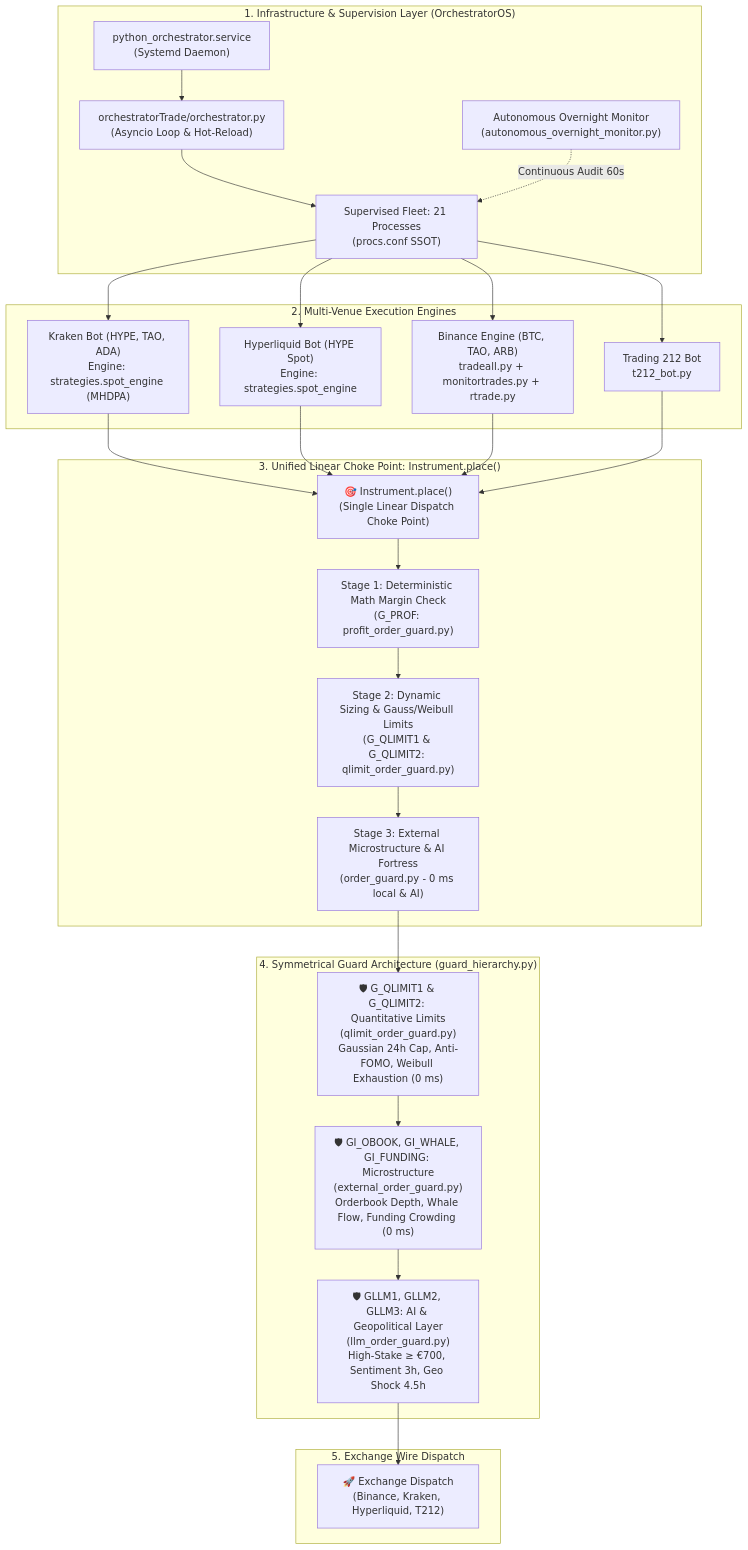
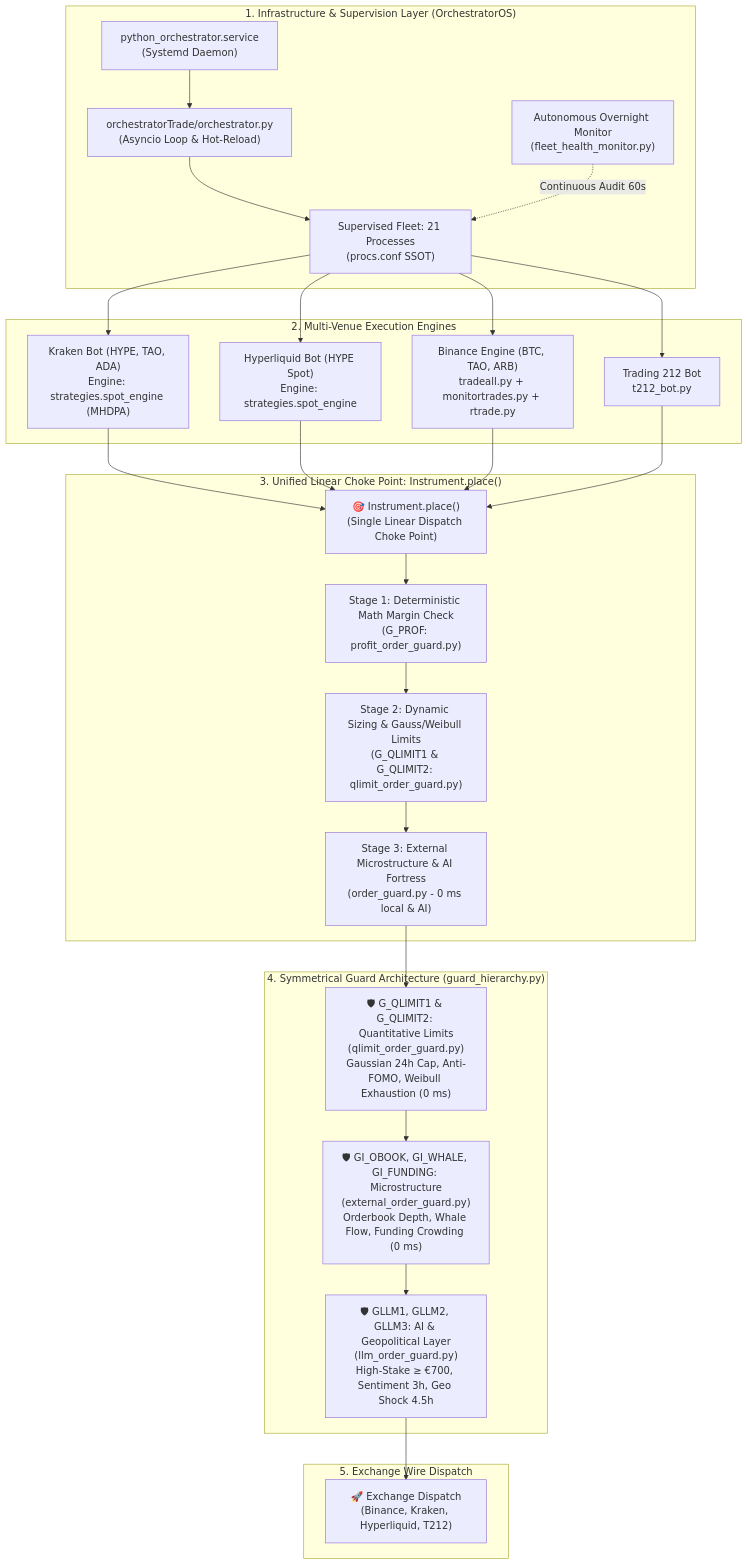
One commit to mpredut/mptrade changed the first of 2 diagrams in README.md. Above: the diagram before and after it, drawn with Mermaid. The commit also changed other lines of this file and 26 other files, not shown here.

Commit message:
refactor: rename fleet_health_monitor and price_watcher with symmetric cache filenames

````diff
--- a/README.md
+++ b/README.md
@@ -12,32 +12,32 @@
 ```mermaid
 flowchart TD
     subgraph Infrastructure ["1. Infrastructure & Supervision Layer (OrchestratorOS)"]
         SVC["python_orchestrator.service\n(Systemd Daemon)"] --> ORCH["orchestratorTrade/orchestrator.py\n(Asyncio Loop & Hot-Reload)"]
         ORCH --> FLEET["Supervised Fleet: 21 Processes\n(procs.conf SSOT)"]
-        MON["Autonomous Overnight Monitor\n(autonomous_overnight_monitor.py)"] -.->|Continuous Audit 60s| FLEET
+        MON["Autonomous Overnight Monitor\n(fleet_health_monitor.py)"] -.->|Continuous Audit 60s| FLEET
     end
 
     subgraph Engines ["2. Multi-Venue Execution Engines"]
         FLEET --> KRAKEN["Kraken Bot (HYPE, TAO, ADA)\nEngine: strategies.spot_engine (MHDPA)"]
         FLEET --> HL["Hyperliquid Bot (HYPE Spot)\nEngine: strategies.spot_engine"]
         FLEET --> BINANCE["Binance Engine (BTC, TAO, ARB)\ntradeall.py + monitortrades.py + rtrade.py"]
         FLEET --> T212["Trading 212 Bot\nt212_bot.py"]
     end
 
     subgraph ChokePoint ["3. Unified Linear Choke Point: Instrument.place()"]
         KRAKEN & HL & BINANCE & T212 --> PLACE["🎯 Instrument.place()\n(Single Linear Dispatch Choke Point)"]
         PLACE --> STAGE1["Stage 1: Deterministic Math Margin Check\n(G_PROF: profit_order_guard.py)"]
         STAGE1 --> STAGE2["Stage 2: Dynamic Sizing & Gauss/Weibull Limits\n(G_QLIMIT1 & G_QLIMIT2: qlimit_order_guard.py)"]
         STAGE2 --> STAGE3["Stage 3: External Microstructure & AI Fortress\n(order_guard.py - 0 ms local & AI)"]
     end
 
     subgraph Pillars ["4. Symmetrical Guard Architecture (guard_hierarchy.py)"]
         STAGE3 --> P1["🛡 G_QLIMIT1 & G_QLIMIT2: Quantitative Limits\n(qlimit_order_guard.py)\nGaussian 24h Cap, Anti-FOMO, Weibull Exhaustion (0 ms)"]
         P1 --> P2["🛡 GI_OBOOK, GI_WHALE, GI_FUNDING: Microstructure\n(external_order_guard.py)\nOrderbook Depth, Whale Flow, Funding Crowding (0 ms)"]
         P2 --> P3["🛡 GLLM1, GLLM2, GLLM3: AI & Geopolitical Layer\n(llm_order_guard.py)\nHigh-Stake ≥ €700, Sentiment 3h, Geo Shock 4.5h"]
     end
 
     subgraph Execution ["5. Exchange Wire Dispatch"]
         P3 --> DISPATCH["🚀 Exchange Dispatch\n(Binance, Kraken, Hyperliquid, T212)"]
     end
 ```
````
